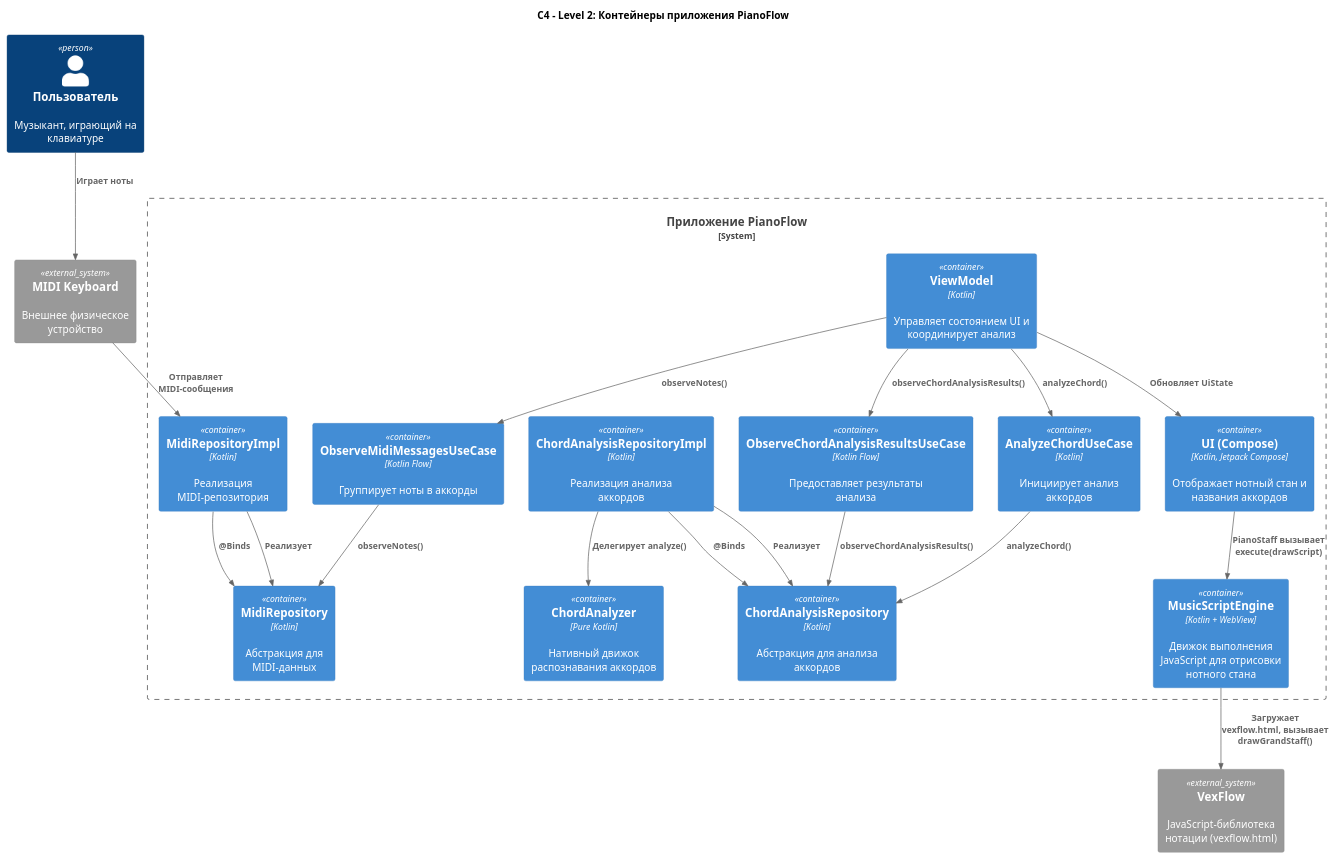
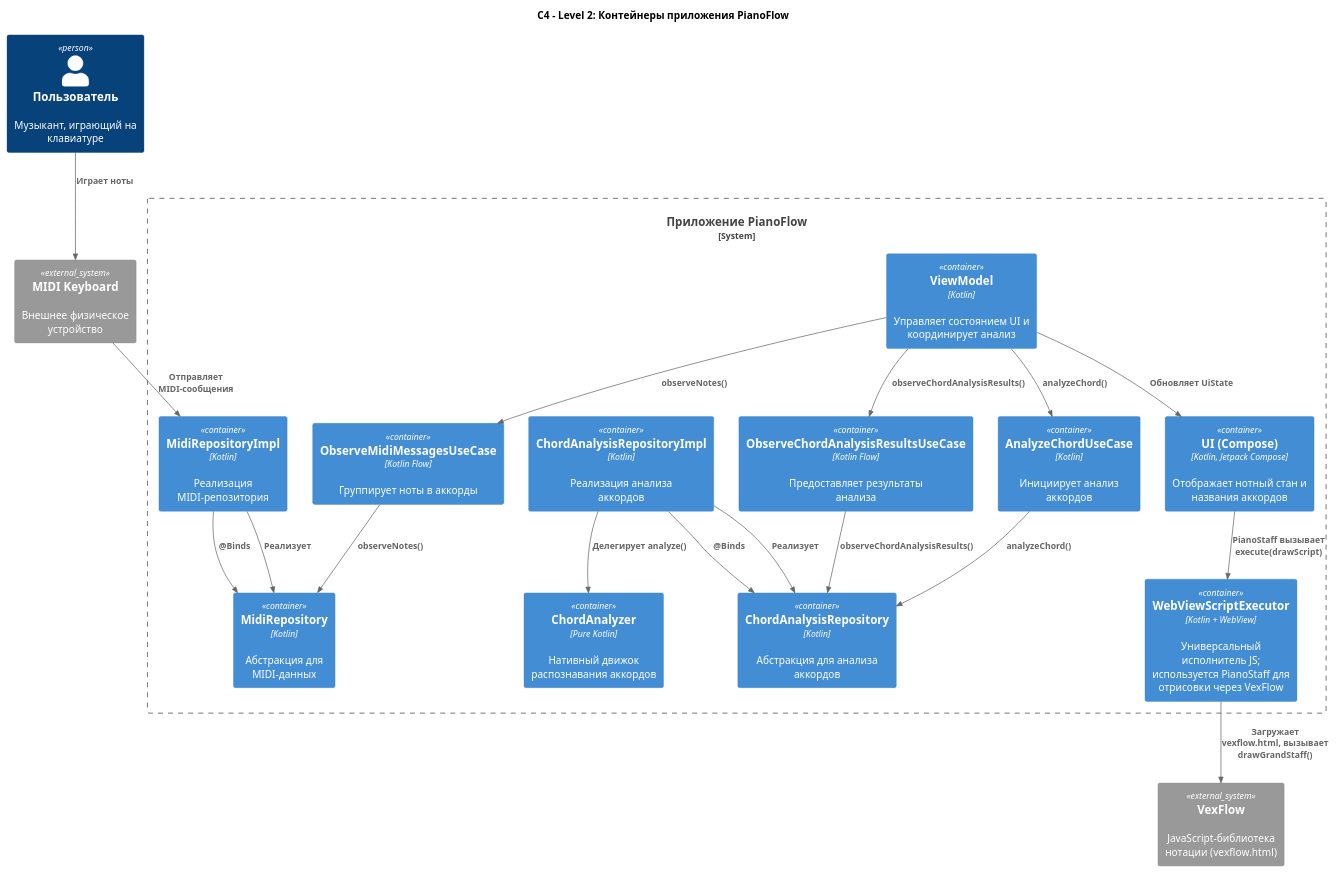
Before and after one commit to astrizhachuk/PianoFlow: the first of 10 diagrams in docs/ru/specs/MIDI_MESSAGE_PROCESSING.md, drawn with PlantUML. The commit also changed other lines of this file and 4 other files, not shown here.

Commit message:
refactor: заменить MusicScriptEngine на WebViewScriptExecutor для выполнения JavaScript в WebView

````diff
--- a/docs/ru/specs/MIDI_MESSAGE_PROCESSING.md
+++ b/docs/ru/specs/MIDI_MESSAGE_PROCESSING.md
@@ -52,47 +52,47 @@
 ```plantuml
 @startuml
 !include https://raw.githubusercontent.com/plantuml-stdlib/C4-PlantUML/master/C4_Container.puml
 
 title C4 - Level 2: Контейнеры приложения PianoFlow
 
 Person(user, "Пользователь", "Музыкант, играющий на клавиатуре")
 System_Ext(midi_device, "MIDI Keyboard", "Внешнее физическое устройство")
 System_Ext(vexflow, "VexFlow", "JavaScript-библиотека нотации (vexflow.html)")
 
 System_Boundary(piano_flow, "Приложение PianoFlow") {
     Container(ui, "UI (Compose)", "Kotlin, Jetpack Compose", "Отображает нотный стан и названия аккордов")
     Container(vm, "ViewModel", "Kotlin", "Управляет состоянием UI и координирует анализ")
     Container(observe_midi, "ObserveMidiMessagesUseCase", "Kotlin Flow", "Группирует ноты в аккорды")
     Container(analyze_chord, "AnalyzeChordUseCase", "Kotlin", "Инициирует анализ аккордов")
     Container(observe_chord, "ObserveChordAnalysisResultsUseCase", "Kotlin Flow", "Предоставляет результаты анализа")
     Container(midi_repo, "MidiRepository", "Kotlin", "Абстракция для MIDI-данных")
     Container(chord_repo, "ChordAnalysisRepository", "Kotlin", "Абстракция для анализа аккордов")
     Container(midi_repo_impl, "MidiRepositoryImpl", "Kotlin", "Реализация MIDI-репозитория")
     Container(chord_repo_impl, "ChordAnalysisRepositoryImpl", "Kotlin", "Реализация анализа аккордов")
     Container(chord_analyzer, "ChordAnalyzer", "Pure Kotlin", "Нативный движок распознавания аккордов")
-    Container(script_engine, "MusicScriptEngine", "Kotlin + WebView", "Движок выполнения JavaScript для отрисовки нотного стана")
+    Container(script_executor, "WebViewScriptExecutor", "Kotlin + WebView", "Универсальный исполнитель JS; используется PianoStaff для отрисовки через VexFlow")
 }
 
 Rel(user, midi_device, "Играет ноты")
 Rel(midi_device, midi_repo_impl, "Отправляет MIDI-сообщения")
 Rel(midi_repo_impl, midi_repo, "Реализует")
 Rel(chord_repo_impl, chord_repo, "Реализует")
 Rel(chord_repo_impl, chord_analyzer, "Делегирует analyze()")
 
 Rel(vm, observe_midi, "observeNotes()")
 Rel(vm, analyze_chord, "analyzeChord()")
 Rel(vm, observe_chord, "observeChordAnalysisResults()")
 
 Rel(observe_midi, midi_repo, "observeNotes()")
 Rel(analyze_chord, chord_repo, "analyzeChord()")
 Rel(observe_chord, chord_repo, "observeChordAnalysisResults()")
 
 Rel(midi_repo_impl, midi_repo, "@Binds")
 Rel(chord_repo_impl, chord_repo, "@Binds")
 
 Rel(vm, ui, "Обновляет UiState")
-Rel(ui, script_engine, "PianoStaff вызывает execute(drawScript)")
-Rel(script_engine, vexflow, "Загружает vexflow.html, вызывает drawGrandStaff()")
+Rel(ui, script_executor, "PianoStaff вызывает execute(drawScript)")
+Rel(script_executor, vexflow, "Загружает vexflow.html, вызывает drawGrandStaff()")
 
 @enduml
 ```
````
